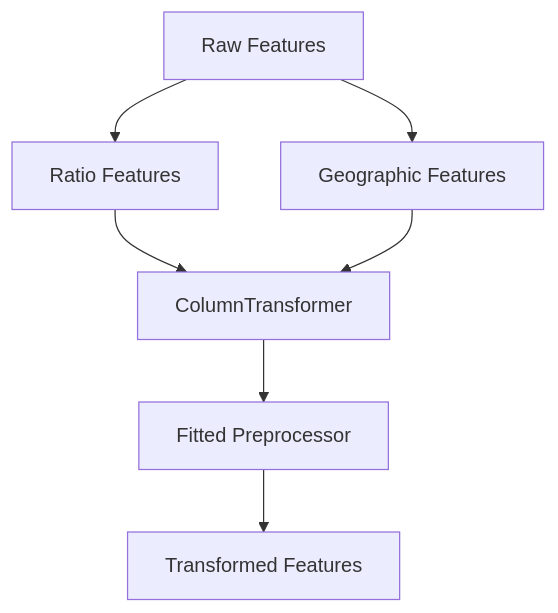
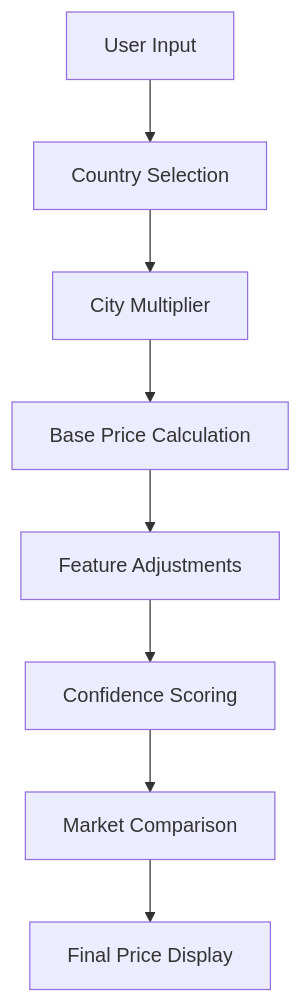
Before and after one commit to tashkirrr/housing-price-prediction: the third of 3 diagrams in .qoder/repowiki/en/content/Machine Learning Pipeline/Machine Learning Pipeline.md, drawn with Mermaid. The commit also changed other lines of this file and 5 other files, not shown here.

````diff
--- a/.qoder/repowiki/en/content/Machine Learning Pipeline/Machine Learning Pipeline.md
+++ b/.qoder/repowiki/en/content/Machine Learning Pipeline/Machine Learning Pipeline.md
@@ -205,9 +182,10 @@
 ```mermaid
 flowchart TD
-A["Raw Features"] --> B["Ratio Features"]
-A --> C["Geographic Features"]
-B --> D["ColumnTransformer"]
-C --> D
-D --> E["Fitted Preprocessor"]
-E --> F["Transformed Features"]
+A["User Input"] --> B["Country Selection"]
+B --> C["City Multiplier"]
+C --> D["Base Price Calculation"]
+D --> E["Feature Adjustments"]
+E --> F["Confidence Scoring"]
+F --> G["Market Comparison"]
+G --> H["Final Price Display"]
 ```
````
